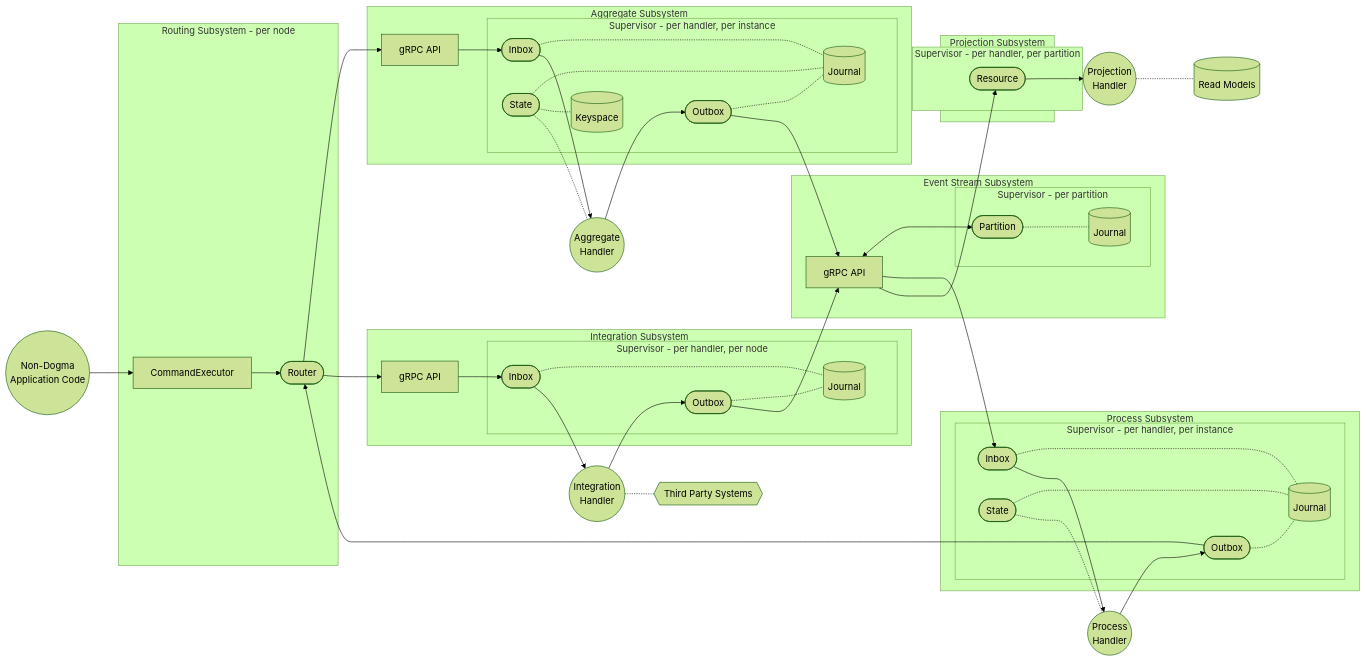
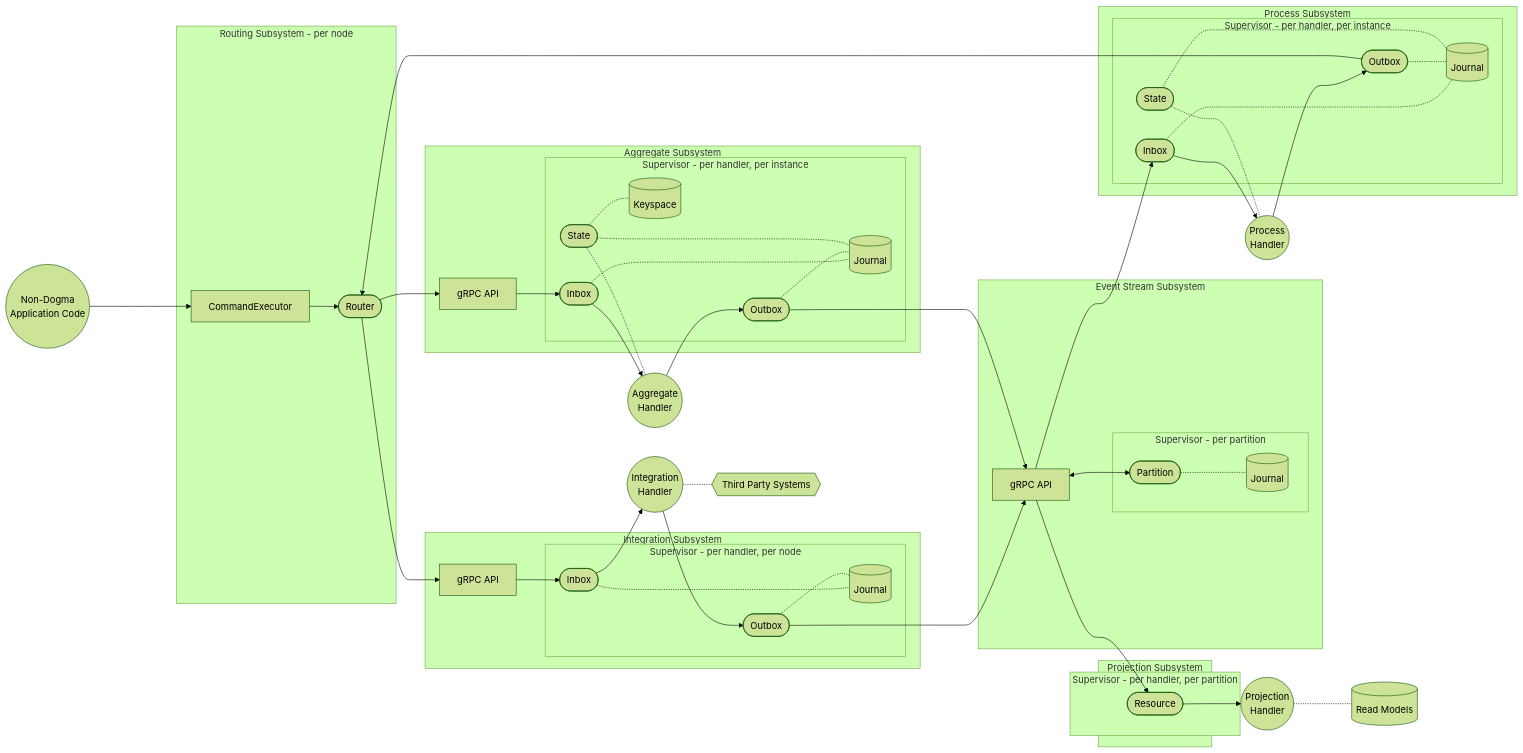
Before and after one commit to dogmatiq/veracity: the diagram in docs/architecture.md, drawn with Mermaid (forest theme).

Commit message:
Attempt to improve flowchart layout.

````diff
--- a/docs/architecture.md
+++ b/docs/architecture.md
@@ -1,19 +1,7 @@
 ```mermaid
 flowchart LR
     NonDogma((Non-Dogma\nApplication Code))
-
-    AggregateMessageHandler((Aggregate\nHandler))
-    ProcessMessageHandler((Process\nHandler))
-    IntegrationMessageHandler((Integration\nHandler))
-    ProjectionMessageHandler((Projection\nHandler))
-
-    ProjectionDatabase[(Read Models)]
-    ThirdPartySystems{{Third Party Systems}}
-
-    ProjectionMessageHandler -.- ProjectionDatabase
-    IntegrationMessageHandler -.- ThirdPartySystems
-
-    NonDogma --> CommandExecutor
+    NonDogma ----> CommandExecutor
 
     subgraph Routing[Routing Subsystem - per node]
         CommandExecutor
@@ -22,20 +10,28 @@
         CommandExecutor --> Router
     end
 
-    Router --> AggregateAPI
-    Router --> IntegrationAPI
+    subgraph Integrations[Integration Subsystem]
+        IntegrationAPI[gRPC API]
 
-    subgraph EventStreams[Event Stream Subsystem]
-        EventStreamAPI[gRPC API]
+        subgraph IntegrationSupervisor[Supervisor - per handler, per node]
+            IntegrationInbox([Inbox])
+            IntegrationOutbox([Outbox])
+            IntegrationJournal[(Journal)]
 
-        subgraph EventStreamSupervisor[Supervisor - per partition]
-            EventStreamPartition([Partition])
-            EventStreamJournal[(Journal)]
-            EventStreamPartition -.- EventStreamJournal
+            IntegrationInbox -.- IntegrationJournal
+            IntegrationOutbox -.- IntegrationJournal
         end
 
-        EventStreamAPI <--> EventStreamPartition
+        IntegrationAPI --> IntegrationInbox
     end
+    IntegrationMessageHandler((Integration\nHandler))
+    ThirdPartySystems{{Third Party Systems}}
+    IntegrationMessageHandler -.- ThirdPartySystems
+
+    Router --> IntegrationAPI
+    IntegrationInbox --> IntegrationMessageHandler
+    IntegrationMessageHandler --> IntegrationOutbox
+    IntegrationOutbox ----> EventStreamAPI
 
     subgraph Aggregates[Aggregate Subsystem]
         AggregateAPI[gRPC API]
@@ -55,11 +51,25 @@
 
         AggregateAPI --> AggregateInbox
     end
+    AggregateMessageHandler((Aggregate\nHandler))
 
+    Router --> AggregateAPI
     AggregateInbox --> AggregateMessageHandler
     AggregateMessageHandler --> AggregateOutbox
     AggregateState -.- AggregateMessageHandler
-    AggregateOutbox --> EventStreamAPI
+    AggregateOutbox ----> EventStreamAPI
+
+    subgraph EventStreams[Event Stream Subsystem]
+        EventStreamAPI[gRPC API]
+
+        subgraph EventStreamSupervisor[Supervisor - per partition]
+            EventStreamPartition([Partition])
+            EventStreamJournal[(Journal)]
+            EventStreamPartition -.- EventStreamJournal
+        end
+
+        EventStreamAPI <--> EventStreamPartition
+    end
 
     subgraph Processes[Process Subsystem]
         subgraph ProcessSupervisor[Supervisor - per handler, per instance]
@@ -73,37 +83,23 @@
             ProcessState -.- ProcessJournal
         end
     end
+    ProcessMessageHandler((Process\nHandler))
 
     EventStreamAPI --> ProcessInbox
     ProcessInbox --> ProcessMessageHandler
     ProcessMessageHandler --> ProcessOutbox
     ProcessState -.- ProcessMessageHandler
-    ProcessOutbox --> Router
+    ProcessOutbox ----> Router
 
-    subgraph Integrations[Integration Subsystem]
-        IntegrationAPI[gRPC API]
-
-        subgraph IntegrationSupervisor[Supervisor - per handler, per node]
-            IntegrationInbox([Inbox])
-            IntegrationOutbox([Outbox])
-            IntegrationJournal[(Journal)]
-
-            IntegrationInbox -.- IntegrationJournal
-            IntegrationOutbox -.- IntegrationJournal
-        end
-
-        IntegrationAPI --> IntegrationInbox
-    end
-
-    IntegrationInbox --> IntegrationMessageHandler
-    IntegrationMessageHandler --> IntegrationOutbox
-    IntegrationOutbox --> EventStreamAPI
 
     subgraph Projections[Projection Subsystem]
         subgraph ProjectionSupervisor[Supervisor - per handler, per partition]
             ProjectionResource([Resource])
         end
     end
+    ProjectionMessageHandler((Projection\nHandler))
+    ProjectionDatabase[(Read Models)]
+    ProjectionMessageHandler -.- ProjectionDatabase
 
     EventStreamAPI --> ProjectionResource
     ProjectionResource --> ProjectionMessageHandler
````
